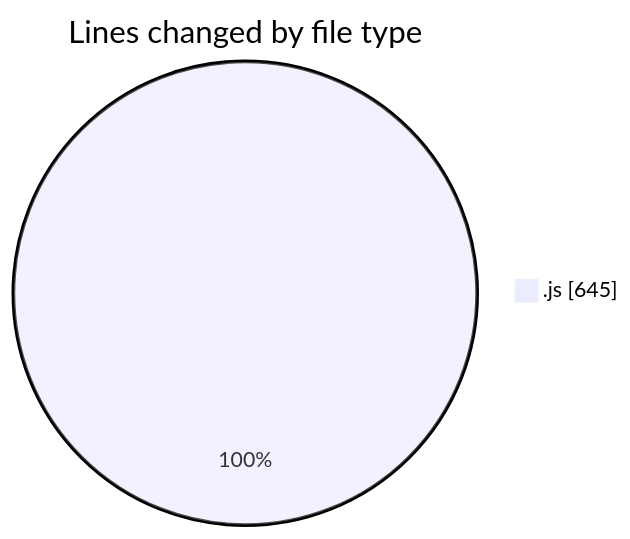
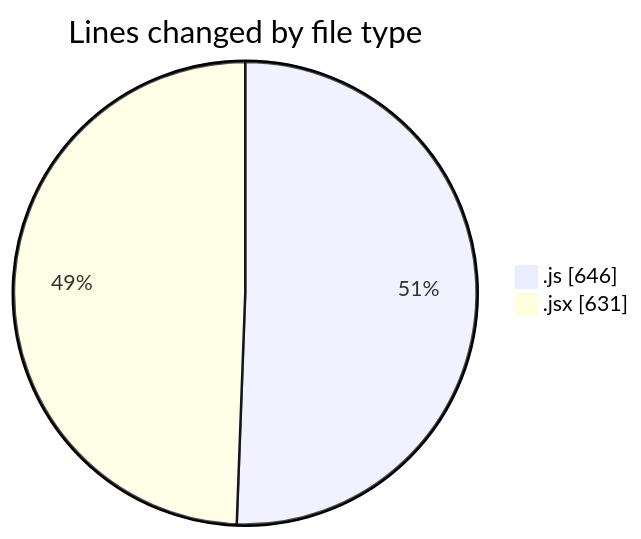
Before and after one commit to nxtqubesakshisongat/code-tracking: the first of 2 diagrams in 2025-04-08/nxtqube_webapp/README.md, drawn with Mermaid. The commit also changed other lines of this file and 1 other file, not shown here.

````diff
--- a/2025-04-08/nxtqube_webapp/README.md
+++ b/2025-04-08/nxtqube_webapp/README.md
@@ -22,5 +23,6 @@
 ```mermaid
 pie showData
 title Lines changed by file type
-".js" : 645
+".js" : 646
+".jsx" : 631
 ```
````
